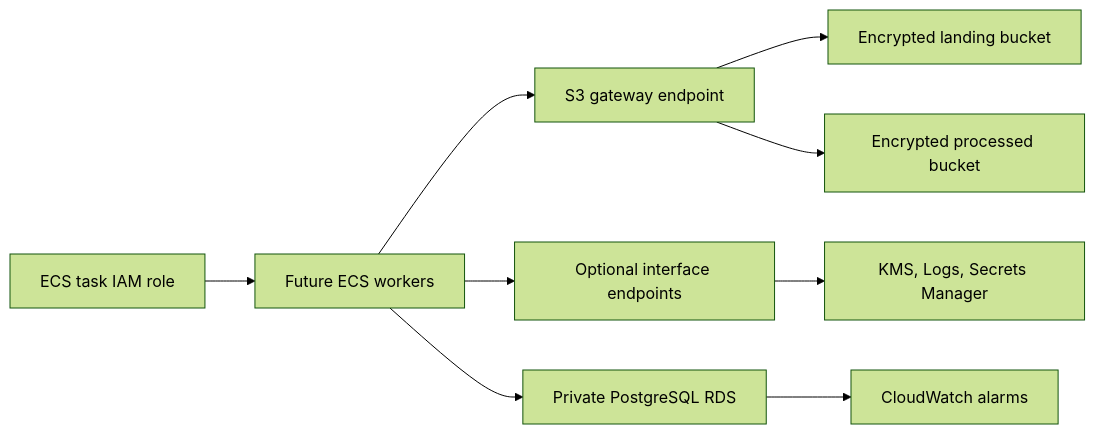
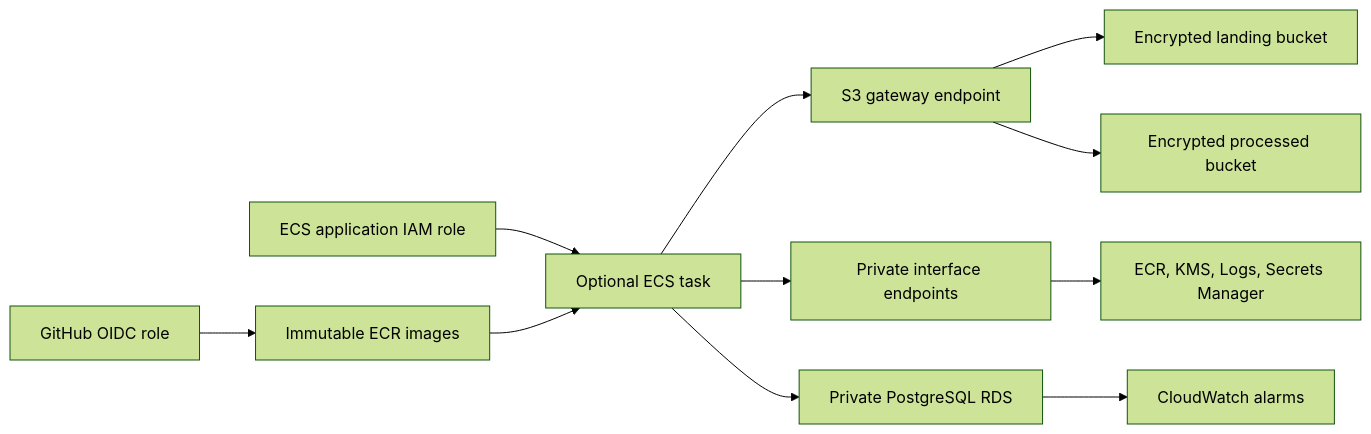
Before and after one commit to kdgmax/production-data-platform: the diagram in infrastructure/README.md, drawn with Mermaid (forest theme). The commit also changed other lines of this file and 21 other files, not shown here.

First line of the commit message:
Add on-demand ECS deployment with GitHub OIDC (#10)

````diff
--- a/infrastructure/README.md
+++ b/infrastructure/README.md
@@ -8,11 +9,13 @@
 ```mermaid
 flowchart LR
-    W["Future ECS workers"] --> S3E["S3 gateway endpoint"]
-    W --> IE["Optional interface endpoints"]
+    W["Optional ECS task"] --> S3E["S3 gateway endpoint"]
+    W --> IE["Private interface endpoints"]
     W --> DB["Private PostgreSQL RDS"]
     S3E --> L["Encrypted landing bucket"]
     S3E --> P["Encrypted processed bucket"]
-    IE --> K["KMS, Logs, Secrets Manager"]
-    R["ECS task IAM role"] --> W
+    IE --> K["ECR, KMS, Logs, Secrets Manager"]
+    R["ECS application IAM role"] --> W
     DB --> C["CloudWatch alarms"]
+    G["GitHub OIDC role"] --> E["Immutable ECR images"]
+    E --> W
 ```
````
